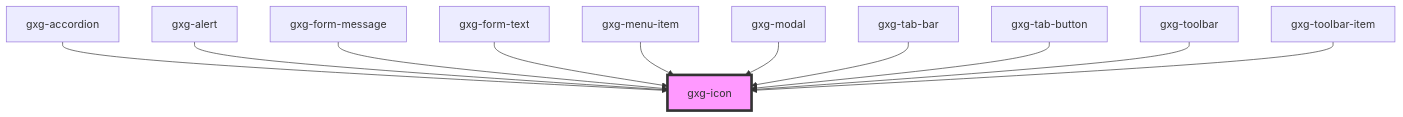
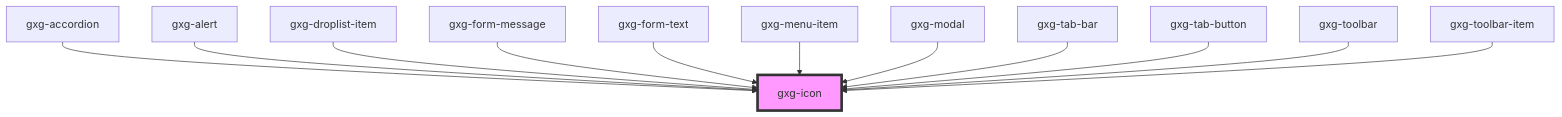
Before and after one commit to genexuslabs/gemini: the diagram in src/components/icon/readme.md, drawn with Mermaid. The commit also changed other lines of this file and 8 other files, not shown here.

````diff
--- a/src/components/icon/readme.md
+++ b/src/components/icon/readme.md
@@ -39,14 +40,15 @@
 ```mermaid
 graph TD;
   gxg-accordion --> gxg-icon
   gxg-alert --> gxg-icon
+  gxg-droplist-item --> gxg-icon
   gxg-form-message --> gxg-icon
   gxg-form-text --> gxg-icon
   gxg-menu-item --> gxg-icon
   gxg-modal --> gxg-icon
   gxg-tab-bar --> gxg-icon
   gxg-tab-button --> gxg-icon
   gxg-toolbar --> gxg-icon
   gxg-toolbar-item --> gxg-icon
   style gxg-icon fill:#f9f,stroke:#333,stroke-width:4px
 ```
````
